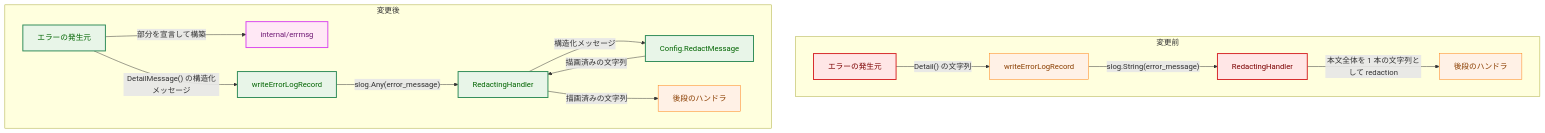
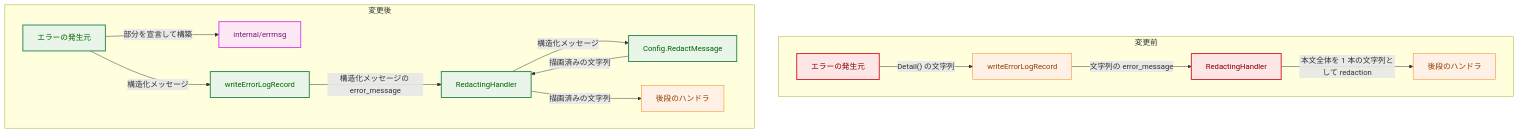
The second of 7 diagrams in docs/tasks/0178_structured_error_message_redaction/02_architecture.md (isseis/go-safe-cmd-runner), drawn with Mermaid before and after one commit. The commit also changed other lines of this file and 1 other file, not shown here.

````diff
--- a/docs/tasks/0178_structured_error_message_redaction/02_architecture.md
+++ b/docs/tasks/0178_structured_error_message_redaction/02_architecture.md
@@ -114,38 +105,38 @@
 ```mermaid
 flowchart TD
     classDef data fill:#e6f7ff,stroke:#1f77b4,stroke-width:1px,color:#0b3d91;
     classDef process fill:#fff1e6,stroke:#ff7f0e,stroke-width:1px,color:#8a3e00;
     classDef enhanced fill:#e8f5e8,stroke:#2e8b57,stroke-width:2px,color:#006400;
     classDef newpkg fill:#ffe8f5,stroke:#d946ef,stroke-width:2px,color:#701a75;
     classDef problem fill:#ffe6e6,stroke:#d62728,stroke-width:2px,color:#7b0000;
 
     subgraph Before["変更前"]
         B1["エラーの発生元"]
         B2["writeErrorLogRecord"]
         B3["RedactingHandler"]
         B4["後段のハンドラ"]
         B1 -->|"Detail() の文字列"| B2
-        B2 -->|"slog.String(error_message)"| B3
+        B2 -->|"文字列の error_message"| B3
         B3 -->|"本文全体を 1 本の文字列として redaction"| B4
         class B1,B3 problem
         class B2,B4 process
     end
 
     subgraph After["変更後"]
         A1["エラーの発生元"]
         A5["internal/errmsg"]
         A2["writeErrorLogRecord"]
         A3["RedactingHandler"]
         A6["Config.RedactMessage"]
         A4["後段のハンドラ"]
         A1 -->|"部分を宣言して構築"| A5
-        A1 -->|"DetailMessage() の構造化メッセージ"| A2
-        A2 -->|"slog.Any(error_message)"| A3
+        A1 -->|"構造化メッセージ"| A2
+        A2 -->|"構造化メッセージの error_message"| A3
         A3 -->|"構造化メッセージ"| A6
         A6 -->|"描画済みの文字列"| A3
         A3 -->|"描画済みの文字列"| A4
         class A1,A2,A3,A6 enhanced
         class A5 newpkg
         class A4 process
     end
 ```
````
